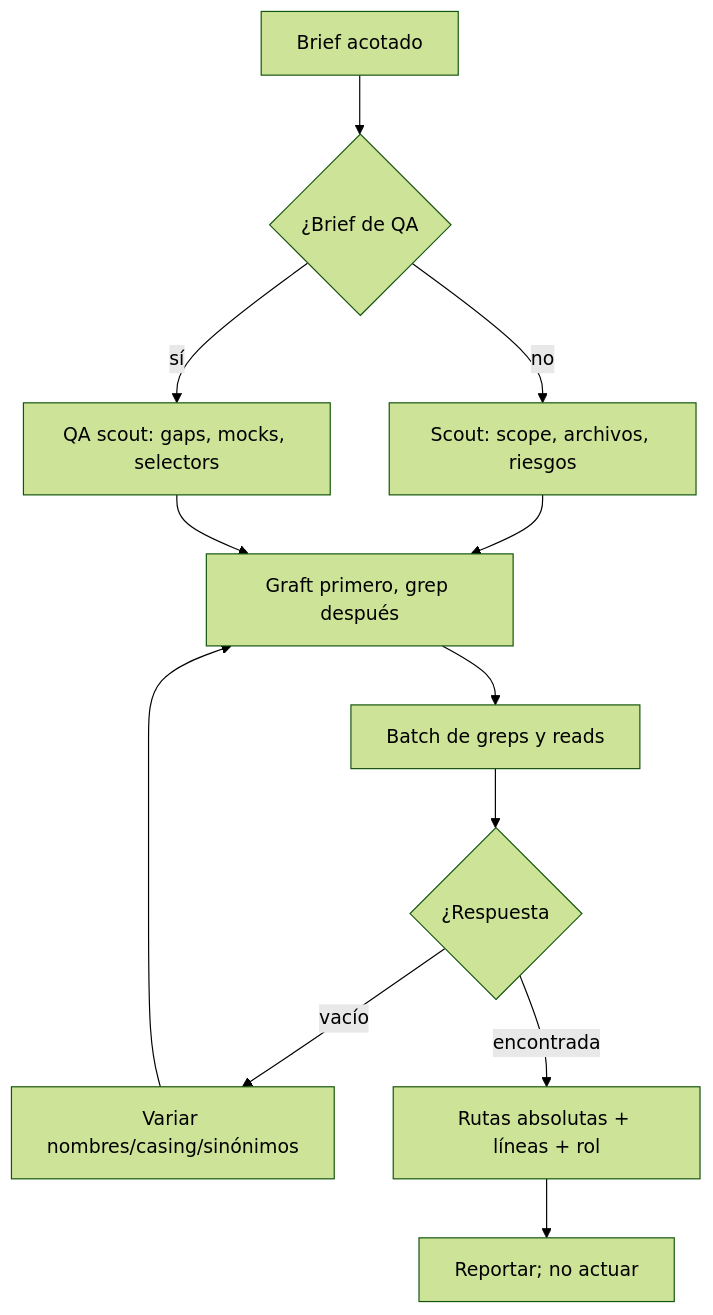
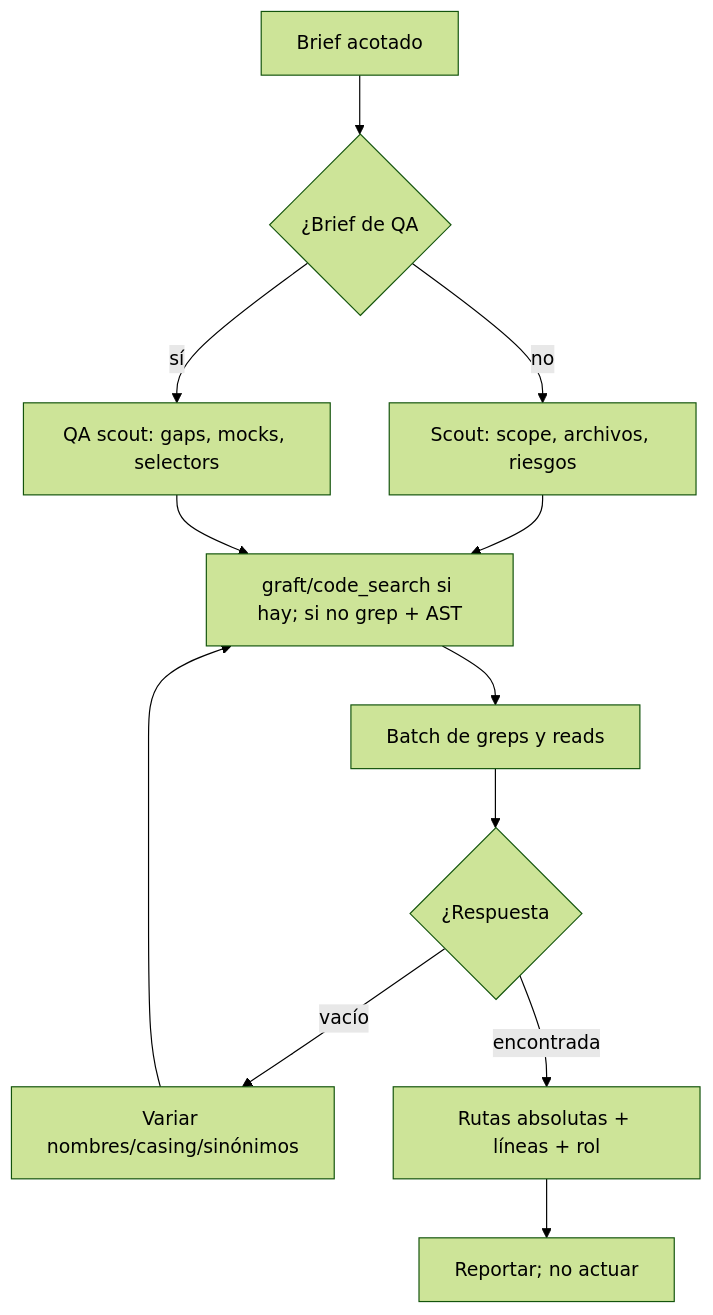
The diagram in docs/src/content/docs/agents/finder.mdx (YoizenSA/dev-ai-workflow), drawn with Mermaid (forest theme) before and after one commit. The commit also changed other lines of this file and 20 other files, not shown here.

````diff
--- a/docs/src/content/docs/agents/finder.mdx
+++ b/docs/src/content/docs/agents/finder.mdx
@@ -21,14 +21,14 @@
 ```mermaid
 flowchart TD
     A[Brief acotado] --> B{¿Brief de QA}
     B -->|no| C[Scout: scope, archivos, riesgos]
     B -->|sí| D[QA scout: gaps, mocks, selectors]
-    C --> E[Graft primero, grep después]
+    C --> E[graft/code_search si hay; si no grep + AST]
     D --> E
     E --> F[Batch de greps y reads]
     F --> G{¿Respuesta}
     G -->|vacío| H[Variar nombres/casing/sinónimos]
     G -->|encontrada| I[Rutas absolutas + líneas + rol]
     H --> E
     I --> J[Reportar; no actuar]
 ```
````
